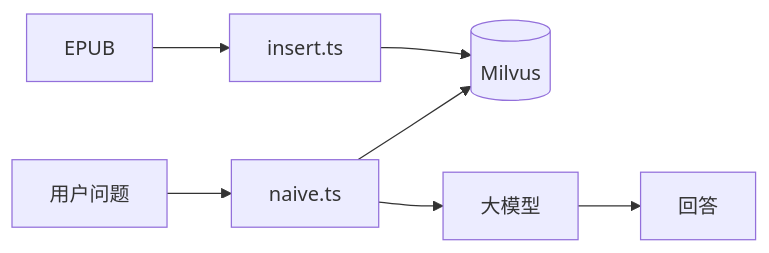
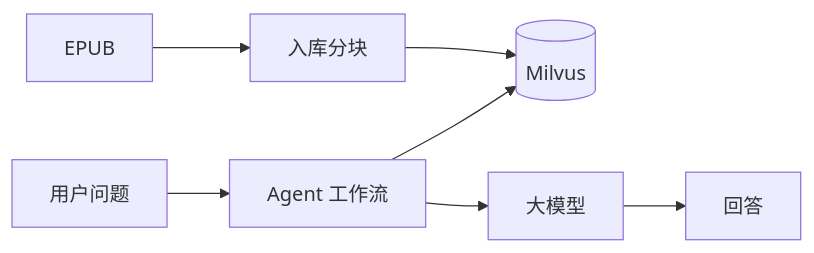
The first of 3 diagrams in README.md (float008/AI-E-book-Search-Assistant), drawn with Mermaid before and after one commit. The commit also changed other lines of this file, not shown here.

````diff
--- a/README.md
+++ b/README.md
@@ -119,9 +98,9 @@
 ```mermaid
 flowchart LR
-  epub[EPUB] --> insert[insert.ts]
-  insert --> milvus[(Milvus)]
-  question[用户问题] --> naive[naive.ts]
-  naive --> milvus
-  naive --> llm[大模型]
+  epub[EPUB] --> ingest[入库分块]
+  ingest --> milvus[(Milvus)]
+  q[用户问题] --> agent[Agent 工作流]
+  agent --> milvus
+  agent --> llm[大模型]
   llm --> answer[回答]
 ```
````
